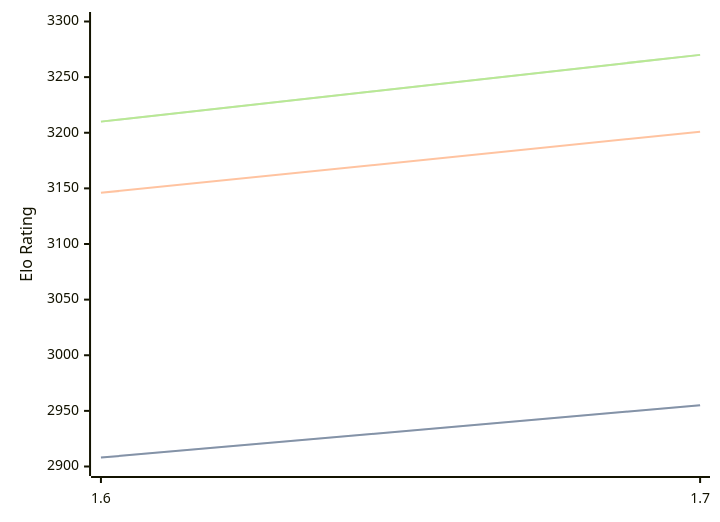
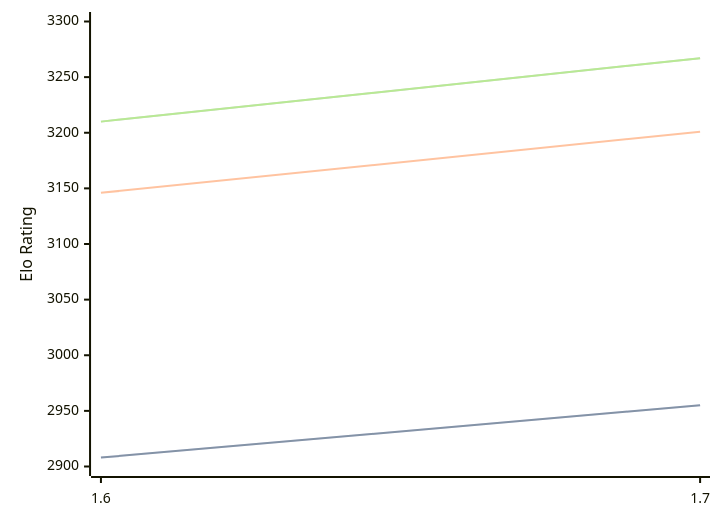
One commit to computer-chess-index/cci changed the diagram in engines/Bitbit.md. Above: the diagram before and after it, drawn with Mermaid. The commit also changed other lines of this file, not shown here.

Commit message:
Update CCI Ratings (ELO VLTC) - 2026-09-15

````diff
--- a/engines/Bitbit.md
+++ b/engines/Bitbit.md
@@ -32,11 +32,11 @@
 ```mermaid
 %%{init: {"theme":"base","themeVariables":{"seriesColors:['#a3a3a3','#222221','#faa371']}}}%%
 xychart-beta
   x-axis ["1.6", "1.7"]
   y-axis "Elo Rating" 2900 --> 3300
   line "" [2908, 2955]
   line "STC (8.0+0.08s)" [2908, 2955]
   line "LTC (60.0+0.60s)" [3146, 3201]
-  line "" [3210, 3270]
-  line "VLTC (2m24s+1.12s)" [3210, 3270]
+  line "" [3210, 3267]
+  line "VLTC (2m24s+1.12s)" [3210, 3267]
 ```
````
